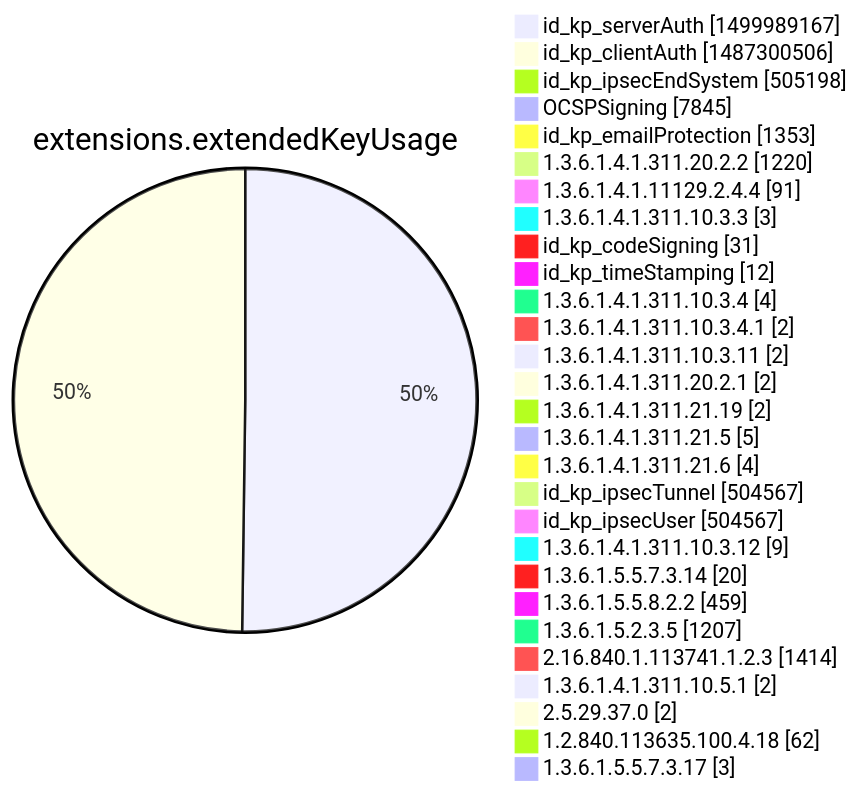
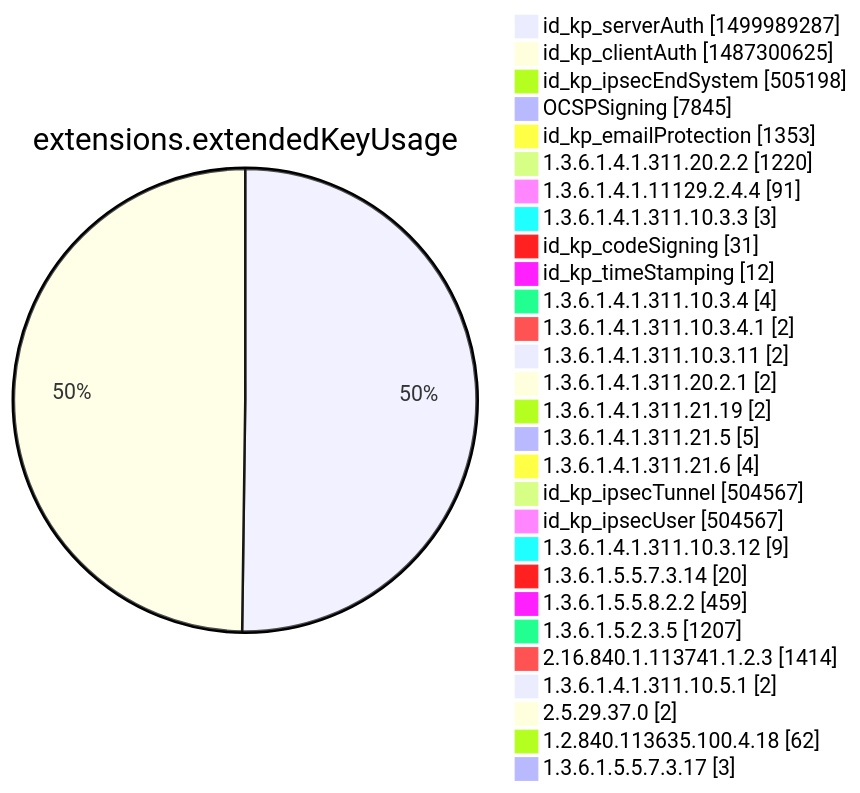
One commit to christiankrug/ctmonitor_visualization changed diagram 12 of 15 in xenon2022/README.md. Above: the diagram before and after it, drawn with Mermaid. The commit also changed other lines of this file, not shown here.

````diff
--- a/xenon2022/README.md
+++ b/xenon2022/README.md
@@ -3874,32 +3874,32 @@
 ```mermaid
 pie showData
 title extensions.extendedKeyUsage
-"id_kp_serverAuth" :1499989167
-"id_kp_clientAuth" :1487300506
+"id_kp_serverAuth" :1499989287
+"id_kp_clientAuth" :1487300625
 "id_kp_ipsecEndSystem" :505198
 "OCSPSigning" :7845
 "id_kp_emailProtection" :1353
 "1.3.6.1.4.1.311.20.2.2" :1220
 "1.3.6.1.4.1.11129.2.4.4" :91
 "1.3.6.1.4.1.311.10.3.3" :3
 "id_kp_codeSigning" :31
 "id_kp_timeStamping" :12
 "1.3.6.1.4.1.311.10.3.4" :4
 "1.3.6.1.4.1.311.10.3.4.1" :2
 "1.3.6.1.4.1.311.10.3.11" :2
 "1.3.6.1.4.1.311.20.2.1" :2
 "1.3.6.1.4.1.311.21.19" :2
 "1.3.6.1.4.1.311.21.5" :5
 "1.3.6.1.4.1.311.21.6" :4
 "id_kp_ipsecTunnel" :504567
 "id_kp_ipsecUser" :504567
 "1.3.6.1.4.1.311.10.3.12" :9
 "1.3.6.1.5.5.7.3.14" :20
 "1.3.6.1.5.5.8.2.2" :459
 "1.3.6.1.5.2.3.5" :1207
 "2.16.840.1.113741.1.2.3" :1414
 "1.3.6.1.4.1.311.10.5.1" :2
 "2.5.29.37.0" :2
 "1.2.840.113635.100.4.18" :62
 "1.3.6.1.5.5.7.3.17" :3
 ```
````
